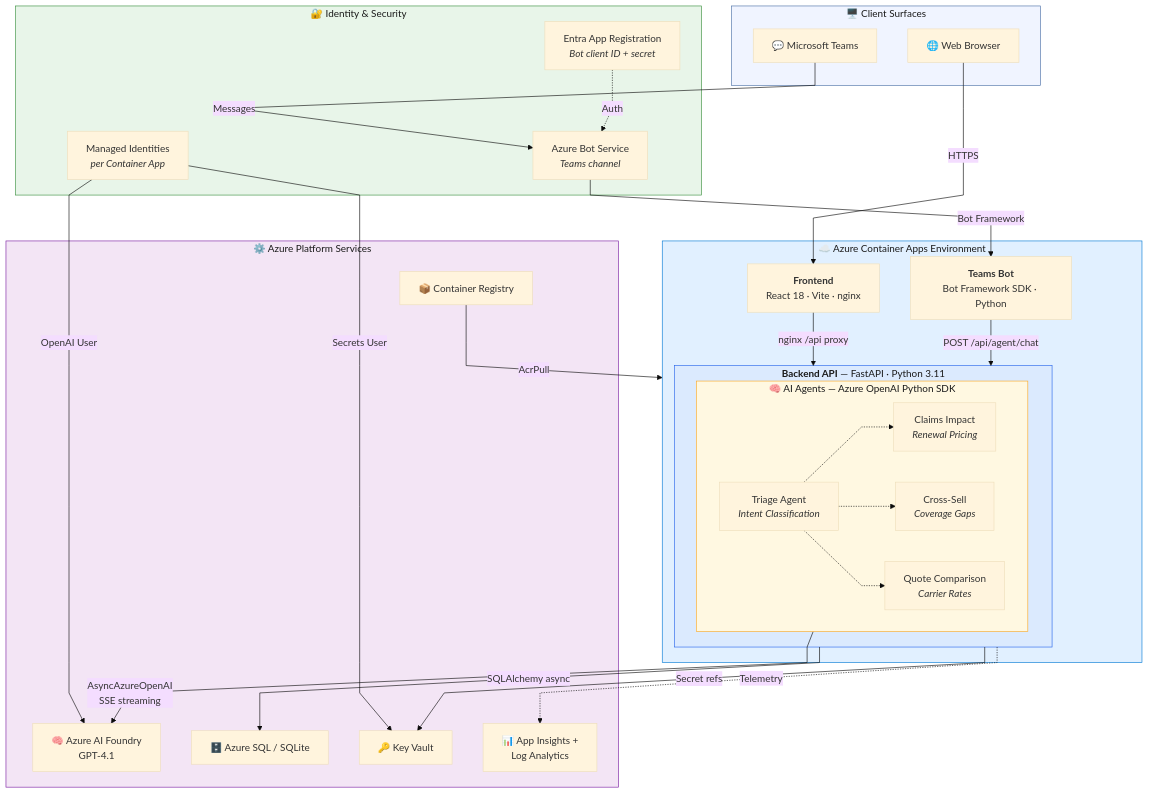
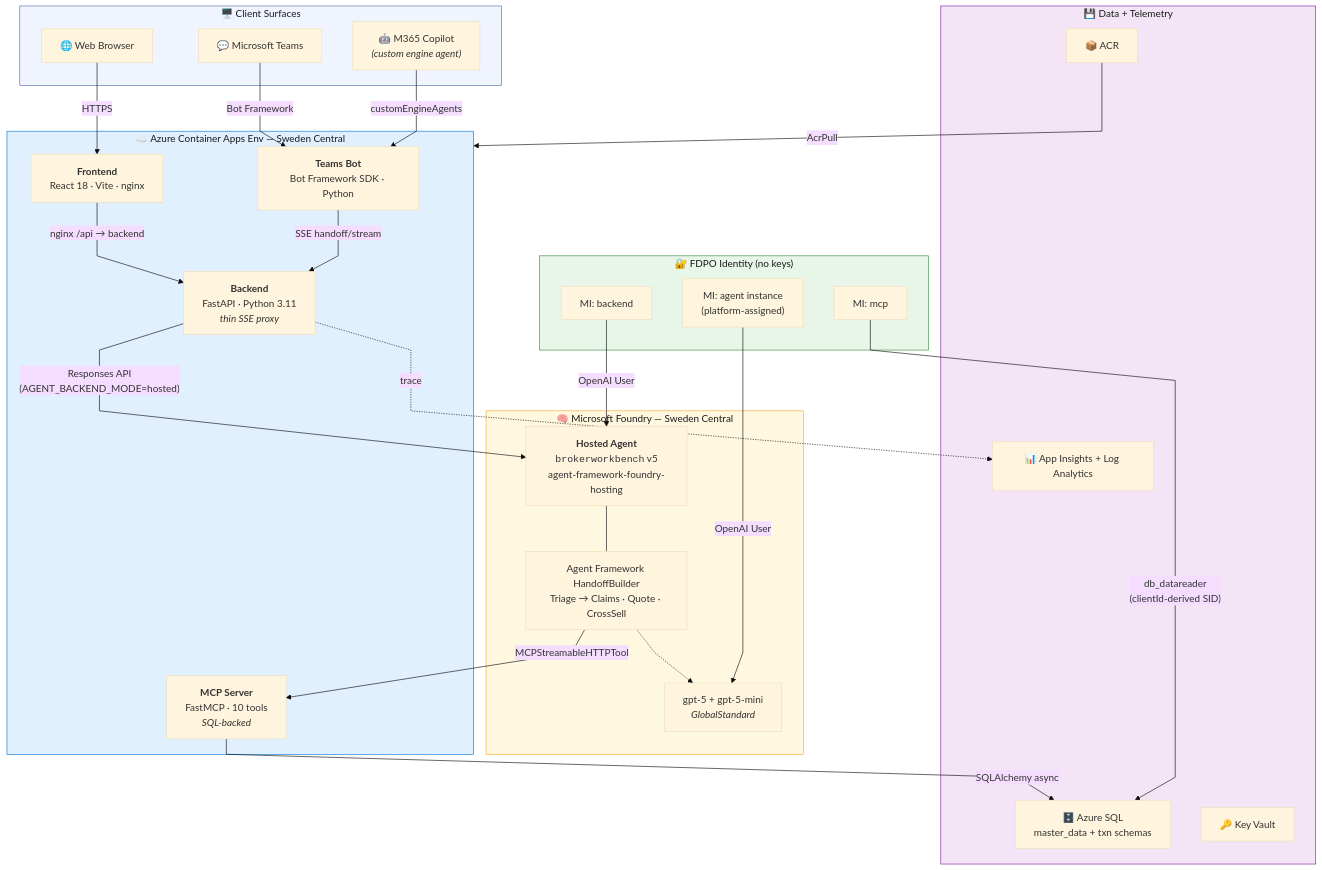
The diagram in README.md (harryschaefer93/BrokerWorkbench), drawn with Mermaid (base theme) before and after one commit. The commit also changed other lines of this file and 4 other files, not shown here.

First line of the commit message:
test+docs: bot DirectLine parity test + verify_all orchestrator + SC architecture diagram

````diff
--- a/README.md
+++ b/README.md
@@ -7,72 +7,68 @@
 ```mermaid
 ---
 config:
   flowchart:
     curve: linear
 ---
 graph TB
     subgraph Clients["🖥️ Client Surfaces"]
         Browser["🌐 Web Browser"]
         Teams["💬 Microsoft Teams"]
+        Copilot["🤖 M365 Copilot<br/><i>(custom engine agent)</i>"]
     end
 
-    subgraph ACA["☁️ Azure Container Apps Environment"]
+    subgraph ACA["☁️ Azure Container Apps Env — Sweden Central"]
         FE["<b>Frontend</b><br/>React 18 · Vite · nginx"]
         Bot["<b>Teams Bot</b><br/>Bot Framework SDK · Python"]
-
-        subgraph Backend["<b>Backend API</b> — FastAPI · Python 3.11"]
-            subgraph Agents["🧠 AI Agents — Azure OpenAI Python SDK"]
-                Triage["Triage Agent<br/><i>Intent Classification</i>"]
-                Claims["Claims Impact<br/><i>Renewal Pricing</i>"]
-                CrossSell["Cross-Sell<br/><i>Coverage Gaps</i>"]
-                Quote["Quote Comparison<br/><i>Carrier Rates</i>"]
-            end
-        end
+        Backend["<b>Backend</b><br/>FastAPI · Python 3.11<br/><i>thin SSE proxy</i>"]
+        MCP["<b>MCP Server</b><br/>FastMCP · 10 tools<br/><i>SQL-backed</i>"]
     end
 
-    subgraph Platform["⚙️ Azure Platform Services"]
-        AI["🧠 Azure AI Foundry<br/>GPT-4.1"]
-        SQL["🗄️ Azure SQL / SQLite"]
-        ACR["📦 Container Registry"]
-        KV["🔑 Key Vault"]
-        MON["📊 App Insights +<br/>Log Analytics"]
+    subgraph Foundry["🧠 Microsoft Foundry — Sweden Central"]
+        Hosted["<b>Hosted Agent</b><br/><code>brokerworkbench</code> v5<br/>agent-framework-foundry-hosting"]
+        Workflow["Agent Framework HandoffBuilder<br/>Triage → Claims · Quote · CrossSell"]
+        GPT5["gpt-5 + gpt-5-mini<br/><i>GlobalStandard</i>"]
+        Hosted --- Workflow
+        Workflow -.-> GPT5
     end
 
-    subgraph Identity["🔐 Identity & Security"]
-        MI["Managed Identities<br/><i>per Container App</i>"]
-        BotReg["Entra App Registration<br/><i>Bot client ID + secret</i>"]
-        BotSvc["Azure Bot Service<br/><i>Teams channel</i>"]
+    subgraph Data["💾 Data + Telemetry"]
+        SQL["🗄️ Azure SQL<br/>master_data + txn schemas"]
+        ACR["📦 ACR"]
+        KV["🔑 Key Vault"]
+        AI["📊 App Insights + Log Analytics"]
     end
 
-    %% Client → App flows
+    subgraph Identity["🔐 FDPO Identity (no keys)"]
+        MIBe["MI: backend"]
+        MIMcp["MI: mcp"]
+        MIHosted["MI: agent instance<br/>(platform-assigned)"]
+    end
+
+    %% Client → Backend → Foundry
     Browser -- "HTTPS" --> FE
-    FE -- "nginx /api proxy" --> Backend
-    Teams -- "Messages" --> BotSvc
-    BotSvc -- "Bot Framework" --> Bot
-    Bot -- "POST /api/agent/chat" --> Backend
+    FE -- "nginx /api → backend" --> Backend
+    Teams -- "Bot Framework" --> Bot
+    Copilot -- "customEngineAgents" --> Bot
+    Bot -- "SSE handoff/stream" --> Backend
+    Backend -- "Responses API<br/>(AGENT_BACKEND_MODE=hosted)" --> Hosted
 
-    %% Agent routing
-    Triage -.-> Claims
-    Triage -.-> CrossSell
-    Triage -.-> Quote
+    %% Hosted agent → MCP → SQL
+    Workflow -- "MCPStreamableHTTPTool" --> MCP
+    MCP -- "SQLAlchemy async" --> SQL
 
-    %% Backend → Services
-    Agents -- "AsyncAzureOpenAI<br/>SSE streaming" --> AI
-    Backend -- "SQLAlchemy async" --> SQL
-    Backend -- "Secret refs" --> KV
-    Backend -. "Telemetry" .-> MON
+    %% Auth
+    MIBe -- "OpenAI User" --> Hosted
+    MIHosted -- "OpenAI User" --> GPT5
+    MIMcp -- "db_datareader<br/>(clientId-derived SID)" --> SQL
 
-    %% Infra & Identity
+    %% Infra
     ACR -- "AcrPull" --> ACA
-    MI -- "OpenAI User" --> AI
-    MI -- "Secrets User" --> KV
-    BotReg -. "Auth" .-> BotSvc
+    Backend -. "trace" .-> AI
 
-    %% Styles
     style Clients fill:#f0f4ff,stroke:#4a6fa5,color:#1a1a1a
     style ACA fill:#e1f0ff,stroke:#0078d4,color:#1a1a1a
-    style Backend fill:#dbeafe,stroke:#2563eb,color:#1a1a1a
-    style Agents fill:#fff8e1,stroke:#f9a825,color:#1a1a1a
-    style Platform fill:#f3e5f5,stroke:#7b1fa2,color:#1a1a1a
+    style Foundry fill:#fff8e1,stroke:#f9a825,color:#1a1a1a
+    style Data fill:#f3e5f5,stroke:#7b1fa2,color:#1a1a1a
     style Identity fill:#e8f5e9,stroke:#388e3c,color:#1a1a1a
 ```
````
